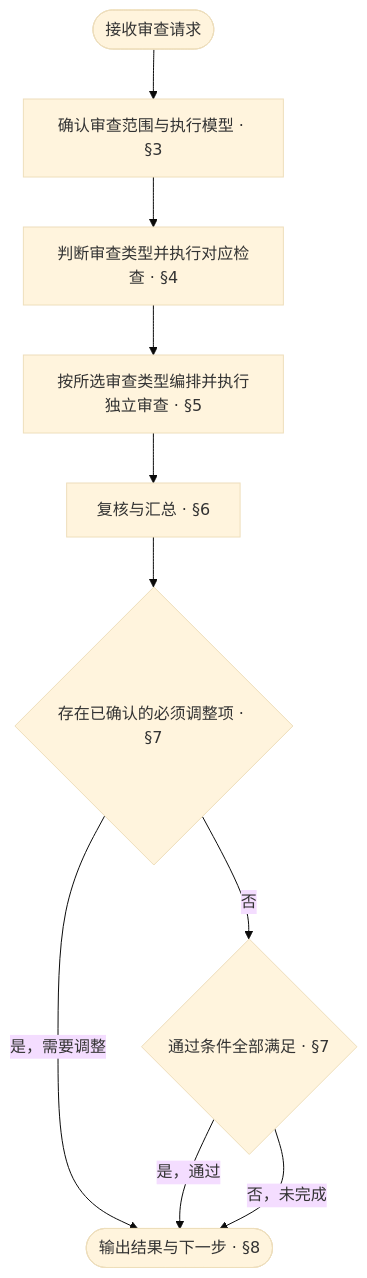
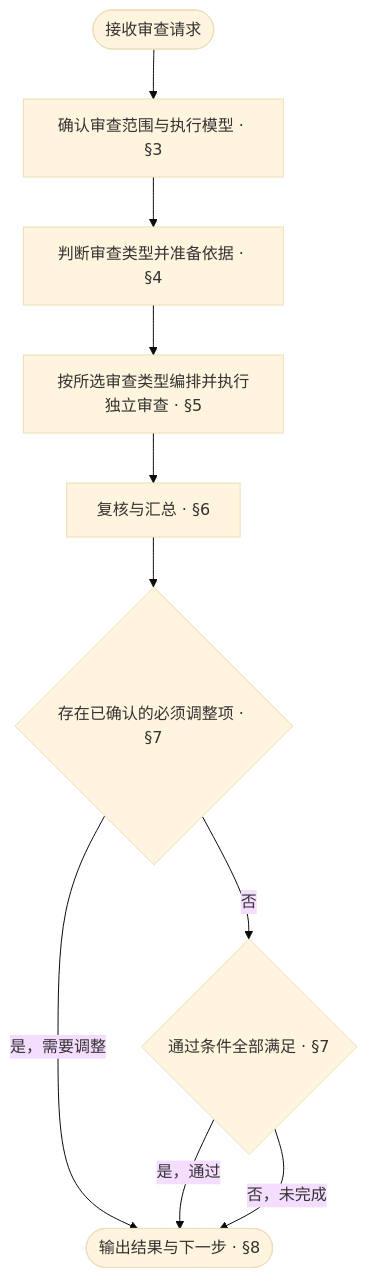
Before and after one commit to ruozi/anyone-can-architect: the first of 2 diagrams in zh-CN/dist/cursor/aca-review/SKILL.md, drawn with Mermaid (base theme). The commit also changed other lines of this file and 116 other files, not shown here.

````diff
--- a/zh-CN/dist/cursor/aca-review/SKILL.md
+++ b/zh-CN/dist/cursor/aca-review/SKILL.md
@@ -82,12 +82,12 @@
 ```mermaid
 flowchart TD
     Start([接收审查请求]) --> Scope["确认审查范围与执行模型 · §3"]
-    Scope --> Check["判断审查类型并执行对应检查 · §4"]
+    Scope --> Check["判断审查类型并准备依据 · §4"]
     Check --> Audit["按所选审查类型编排并执行独立审查 · §5"]
     Audit --> Verify["复核与汇总 · §6"]
     Verify --> Issues{"存在已确认的必须调整项 · §7"}
     Issues -- 是，需要调整 --> Report(["输出结果与下一步 · §8"])
     Issues -- 否 --> Complete{"通过条件全部满足 · §7"}
     Complete -- 是，通过 --> Report
     Complete -- 否，未完成 --> Report
 ```
````
